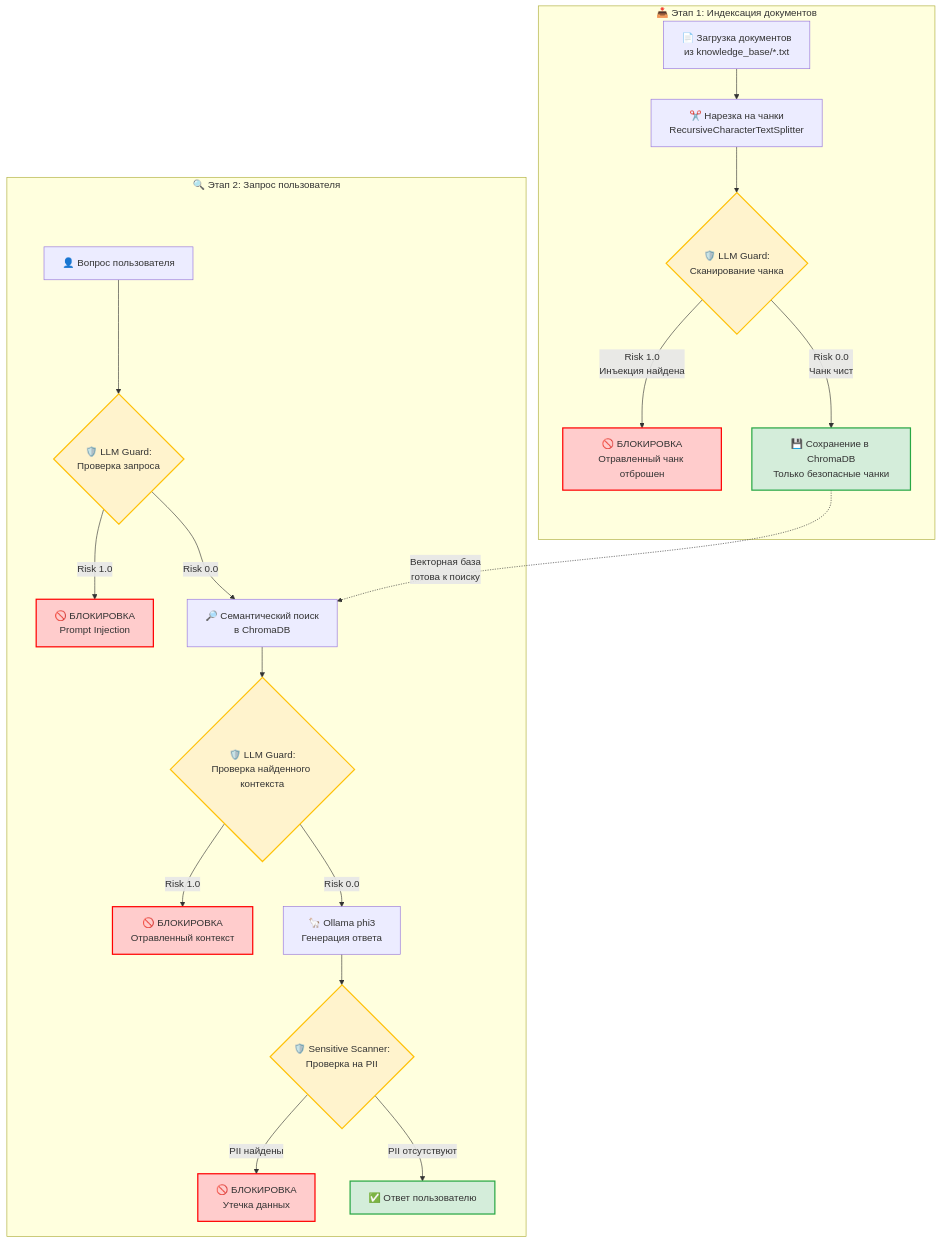
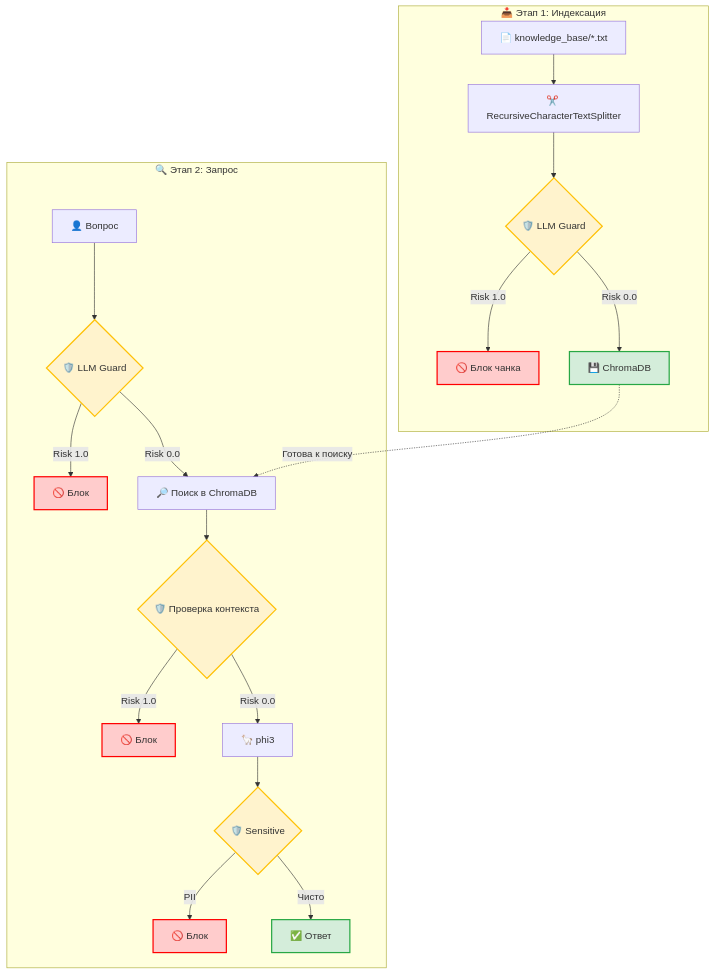
One commit to klubnikindd/AI_Security_Lab changed the eighth of 9 diagrams in README.md. Above: the diagram before and after it, drawn with Mermaid. The commit also changed other lines of this file, not shown here.

Commit message:
docs: Complete README rewrite — remove duplicates, fix Codespaces link, sync with LLM Judge and Exporter

````diff
--- a/README.md
+++ b/README.md
@@ -507,50 +360,45 @@
 ```mermaid
 graph TD
-    subgraph INGEST["📥 Этап 1: Индексация документов"]
-        A1["📄 Загрузка документов<br/>из knowledge_base/*.txt"]
-        A2["✂️ Нарезка на чанки<br/>RecursiveCharacterTextSplitter"]
-        A3{"🛡️ LLM Guard:<br/>Сканирование чанка"}
-        A4["🚫 БЛОКИРОВКА<br/>Отравленный чанк отброшен"]
-        A5["💾 Сохранение в ChromaDB<br/>Только безопасные чанки"]
-        
+    subgraph INGEST["📥 Этап 1: Индексация"]
+        A1["📄 knowledge_base/*.txt"]
+        A2["✂️ RecursiveCharacterTextSplitter"]
+        A3{"🛡️ LLM Guard"}
+        A4["🚫 Блок чанка"]
+        A5["💾 ChromaDB"]
         A1 --> A2 --> A3
-        A3 -->|"Risk 1.0<br/>Инъекция найдена"| A4
-        A3 -->|"Risk 0.0<br/>Чанк чист"| A5
+        A3 -->|"Risk 1.0"| A4
+        A3 -->|"Risk 0.0"| A5
     end
-
-    subgraph QUERY["🔍 Этап 2: Запрос пользователя"]
-        B1["👤 Вопрос пользователя"]
-        B2{"🛡️ LLM Guard:<br/>Проверка запроса"}
-        B3["🚫 БЛОКИРОВКА<br/>Prompt Injection"]
-        B4["🔎 Семантический поиск<br/>в ChromaDB"]
-        B5{"🛡️ LLM Guard:<br/>Проверка найденного контекста"}
-        B6["🚫 БЛОКИРОВКА<br/>Отравленный контекст"]
-        B7["🦙 Ollama phi3<br/>Генерация ответа"]
-        B8{"🛡️ Sensitive Scanner:<br/>Проверка на PII"}
-        B9["🚫 БЛОКИРОВКА<br/>Утечка данных"]
-        B10["✅ Ответ пользователю"]
-        
+    subgraph QUERY["🔍 Этап 2: Запрос"]
+        B1["👤 Вопрос"]
+        B2{"🛡️ LLM Guard"}
+        B3["🚫 Блок"]
+        B4["🔎 Поиск в ChromaDB"]
+        B5{"🛡️ Проверка контекста"}
+        B6["🚫 Блок"]
+        B7["🦙 phi3"]
+        B8{"🛡️ Sensitive"}
+        B9["🚫 Блок"]
+        B10["✅ Ответ"]
         B1 --> B2
         B2 -->|"Risk 1.0"| B3
         B2 -->|"Risk 0.0"| B4
         B4 --> B5
         B5 -->|"Risk 1.0"| B6
         B5 -->|"Risk 0.0"| B7
         B7 --> B8
-        B8 -->|"PII найдены"| B9
-        B8 -->|"PII отсутствуют"| B10
+        B8 -->|"PII"| B9
+        B8 -->|"Чисто"| B10
     end
-
-    A5 -.->|"Векторная база<br/>готова к поиску"| B4
-
+    A5 -.->|"Готова к поиску"| B4
     style A4 fill:#ffcccc,stroke:#ff0000,stroke-width:2px
     style B3 fill:#ffcccc,stroke:#ff0000,stroke-width:2px
     style B6 fill:#ffcccc,stroke:#ff0000,stroke-width:2px
     style B9 fill:#ffcccc,stroke:#ff0000,stroke-width:2px
     style A5 fill:#d4edda,stroke:#28a745,stroke-width:2px
     style B10 fill:#d4edda,stroke:#28a745,stroke-width:2px
     style A3 fill:#fff3cd,stroke:#ffc107,stroke-width:2px
     style B2 fill:#fff3cd,stroke:#ffc107,stroke-width:2px
     style B5 fill:#fff3cd,stroke:#ffc107,stroke-width:2px
     style B8 fill:#fff3cd,stroke:#ffc107,stroke-width:2px
 ```
````
